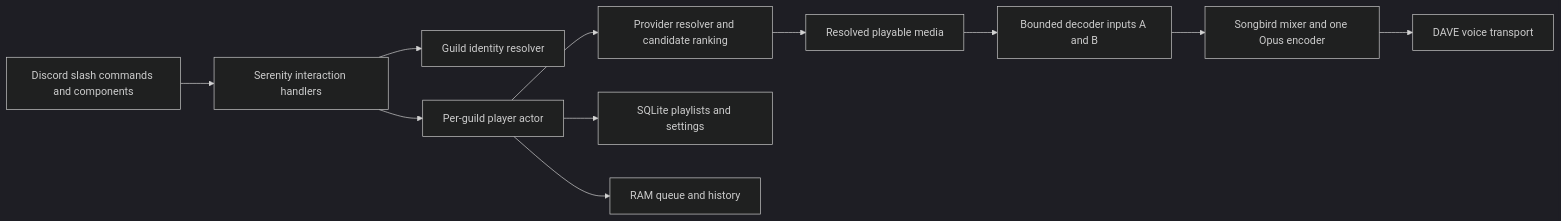
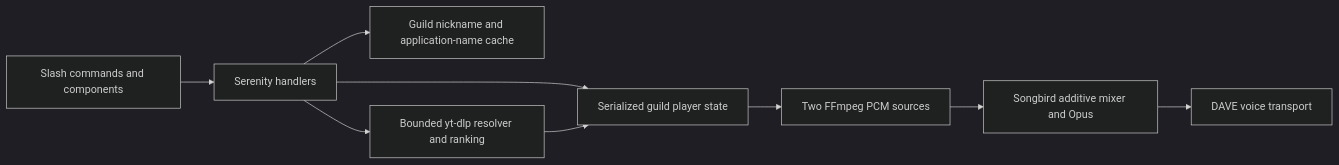
The diagram in docs/architecture.md (Spontini/SolDiscordBot), drawn with Mermaid (dark theme) before and after one commit. The commit also changed other lines of this file and 10 other files, not shown here.

Commit message:
Fix Serenity and Songbird integration; add cancellation tests and deployment guide

````diff
--- a/docs/architecture.md
+++ b/docs/architecture.md
@@ -5,13 +5,11 @@
 ```mermaid
 flowchart LR
-    D[Discord slash commands and components] --> S[Serenity interaction handlers]
-    S --> I[Guild identity resolver]
-    S --> A[Per-guild player actor]
-    A --> R[Provider resolver and candidate ranking]
-    R --> M[Resolved playable media]
-    M --> B[Bounded decoder inputs A and B]
-    B --> V[Songbird mixer and one Opus encoder]
-    V --> E[DAVE voice transport]
-    A --> P[SQLite playlists and settings]
-    A --> T[RAM queue and history]
+    D[Slash commands and components] --> S[Serenity handlers]
+    S --> I[Guild nickname and application-name cache]
+    S --> P[Serialized guild player state]
+    S --> R[Bounded yt-dlp resolver and ranking]
+    R --> P
+    P --> B[Two FFmpeg PCM sources]
+    B --> M[Songbird additive mixer and Opus]
+    M --> V[DAVE voice transport]
 ```
````
